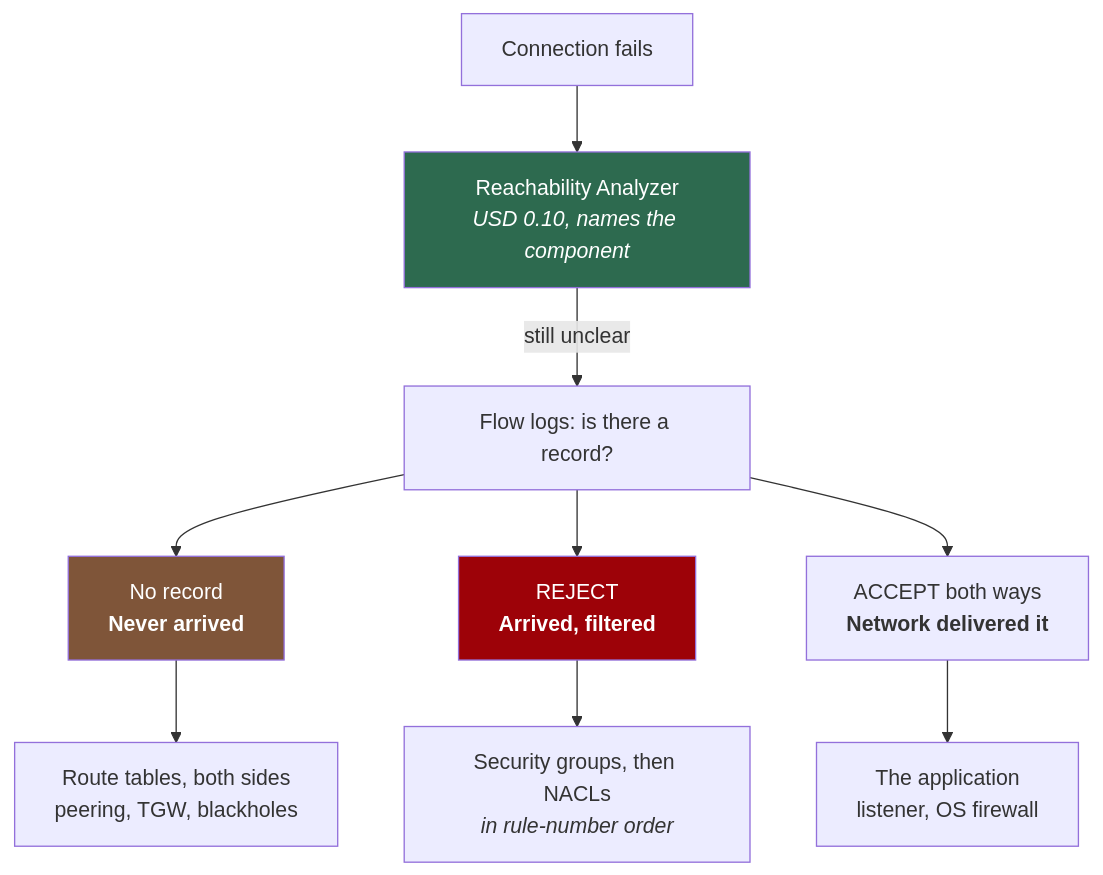
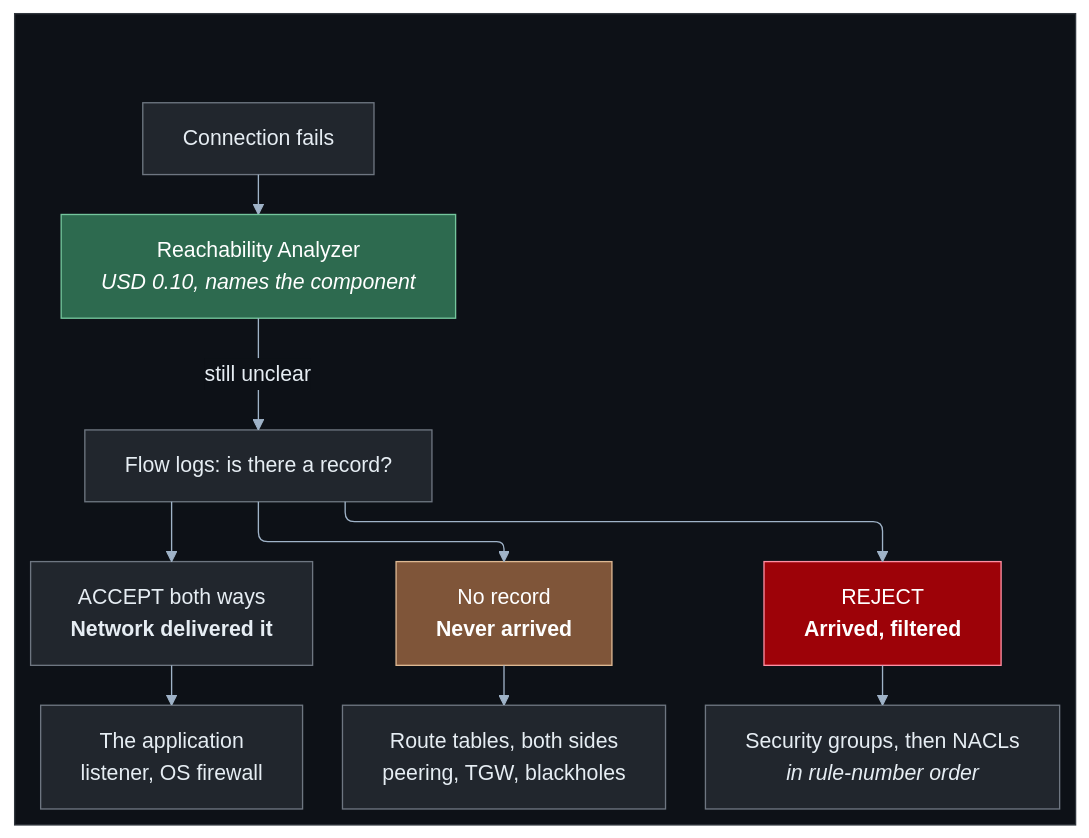
Before and after one commit to HuyNguyen260398/aws-network-architecture: the first of 2 diagrams in labs/10-troubleshooting-challenges/README.md, drawn with Mermaid. The commit also changed other lines of this file and 13 other files, not shown here.

First line of the commit message:
docs(diagrams): restyle all Mermaid diagrams for dark mode and orthogonal lines

````diff
--- a/labs/10-troubleshooting-challenges/README.md
+++ b/labs/10-troubleshooting-challenges/README.md
@@ -57,22 +57,48 @@
 ```mermaid
-graph TD
-    START["Connection fails"]
-    RA["Reachability Analyzer<br/><i>USD 0.10, names the component</i>"]
-    FL["Flow logs: is there a record?"]
-    NONE["No record<br/><b>Never arrived</b>"]
-    REJ["REJECT<br/><b>Arrived, filtered</b>"]
-    ACC["ACCEPT both ways<br/><b>Network delivered it</b>"]
-    ROUTE["Route tables, both sides<br/>peering, TGW, blackholes"]
-    FILTER["Security groups, then NACLs<br/><i>in rule-number order</i>"]
-    APP["The application<br/>listener, OS firewall"]
+---
+config:
+  layout: elk
+  theme: base
+  themeVariables:
+    lineColor: "#9fb3c8"
+    textColor: "#e6edf3"
+    primaryColor: "#21262d"
+    primaryTextColor: "#e6edf3"
+    primaryBorderColor: "#6e7681"
+    edgeLabelBackground: "#0d1117"
+    clusterBkg: "#161b22"
+    clusterBorder: "#6e7681"
+    titleColor: "#e6edf3"
+  flowchart:
+    curve: rounded
+    wrappingWidth: 420
+---
+flowchart TD
+    subgraph CANVAS[" "]
+        START["Connection fails"]
+        RA["Reachability Analyzer<br/><i>USD 0.10, names the component</i>"]
+        FL["Flow logs: is there a record?"]
+        NONE["No record<br/><b>Never arrived</b>"]
+        REJ["REJECT<br/><b>Arrived, filtered</b>"]
+        ACC["ACCEPT both ways<br/><b>Network delivered it</b>"]
+        ROUTE["Route tables, both sides<br/>peering, TGW, blackholes"]
+        FILTER["Security groups, then NACLs<br/><i>in rule-number order</i>"]
+        APP["The application<br/>listener, OS firewall"]
+    end
 
     START --> RA
     RA -->|"still unclear"| FL
     FL --> NONE --> ROUTE
     FL --> REJ --> FILTER
     FL --> ACC --> APP
 
-    style RA fill:#2d6a4f,color:#fff
-    style NONE fill:#7f5539,color:#fff
-    style REJ fill:#9d0208,color:#fff
+    classDef canvas fill:#0d1117,stroke:#30363d,color:#e6edf3
+    classDef free fill:#2d6a4f,stroke:#74c69d,color:#fff
+    classDef private fill:#7f5539,stroke:#ddb892,color:#fff
+    classDef billed fill:#9d0208,stroke:#ff8fa3,color:#fff
+
+    class CANVAS canvas
+    class RA free
+    class NONE private
+    class REJ billed
 ```
````
